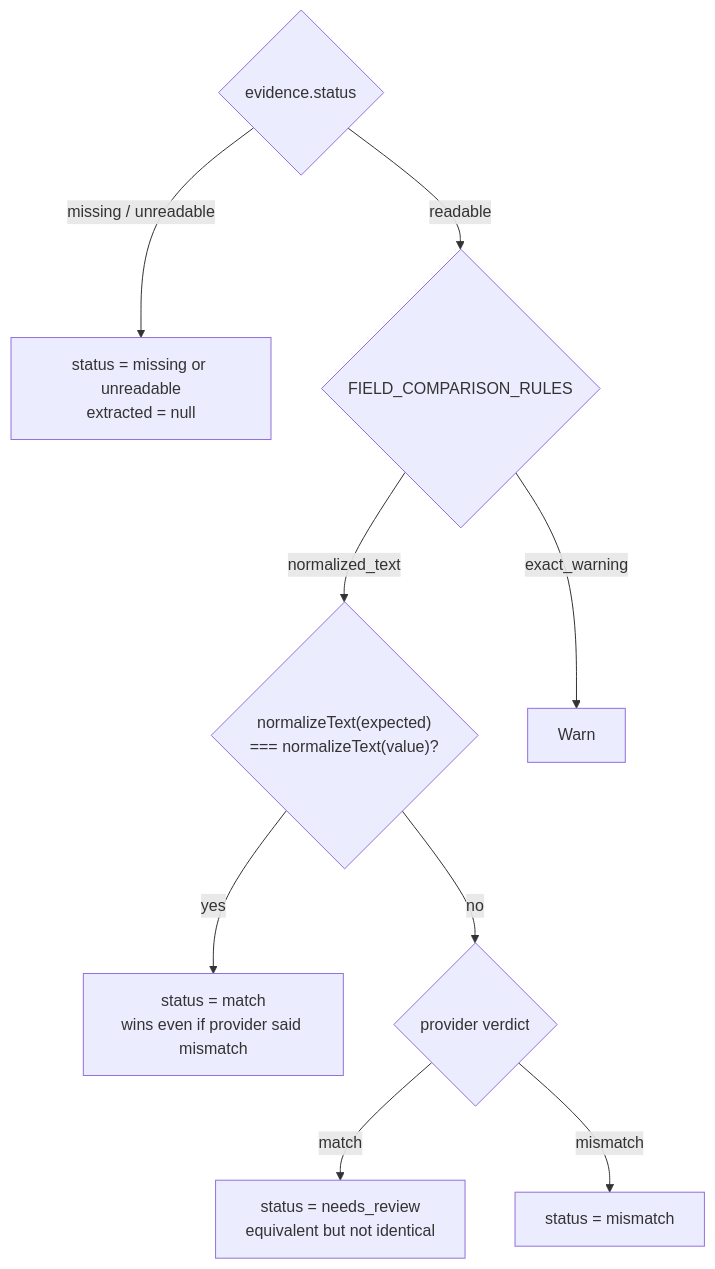
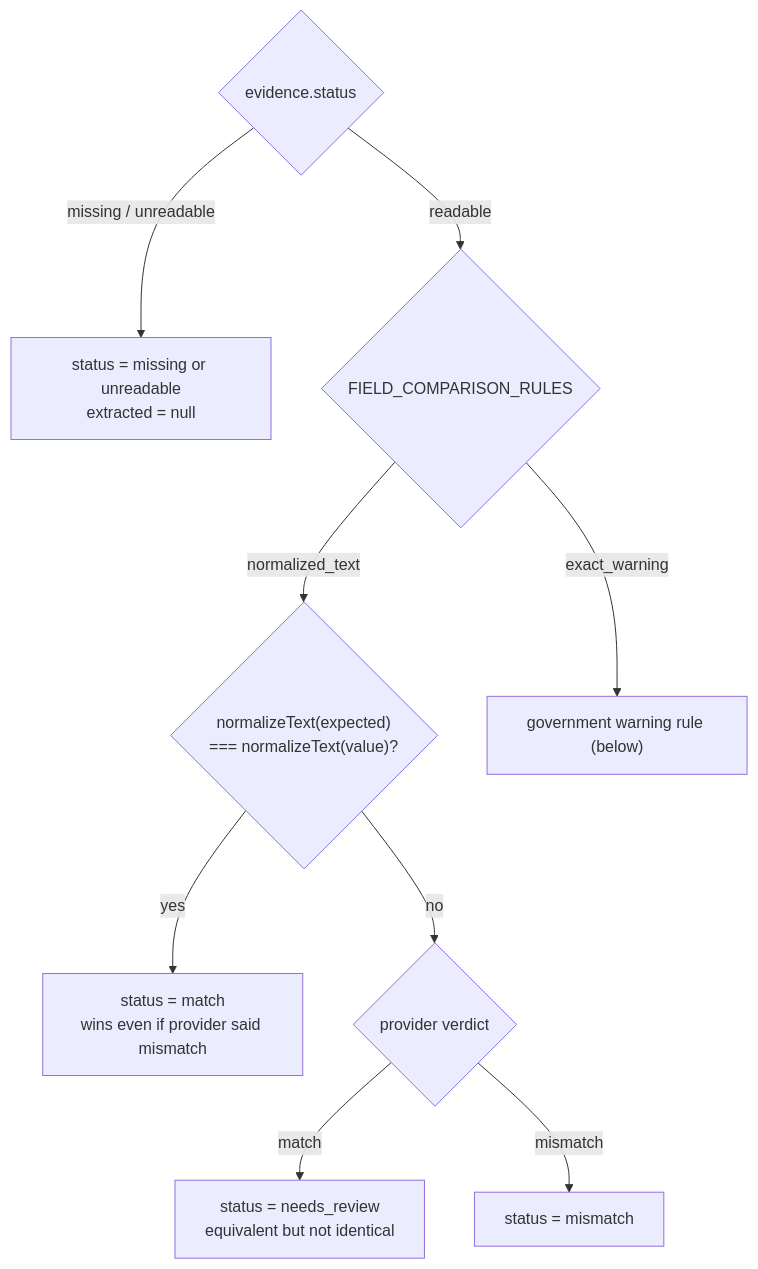
Before and after one commit to Jransom33/TTB_label_verifier: the fourth of 4 diagrams in architecture.md, drawn with Mermaid. The commit also changed other lines of this file and 12 other files, not shown here.

Commit message:
organized the readme.md file and the architecture.md file to improve clarity.

````diff
--- a/architecture.md
+++ b/architecture.md
@@ -214,14 +188,14 @@
 ```mermaid
 flowchart TD
   Evidence{"evidence.status"}
   Evidence -->|missing / unreadable| PassThrough["status = missing or unreadable<br/>extracted = null"]
   Evidence -->|readable| Strategy{"FIELD_COMPARISON_RULES"}
 
   Strategy -->|normalized_text| NormCmp{"normalizeText(expected)<br/>=== normalizeText(value)?"}
   NormCmp -->|yes| Match["status = match<br/>wins even if provider said mismatch"]
   NormCmp -->|no| Verdict{"provider verdict"}
   Verdict -->|match| Review["status = needs_review<br/>equivalent but not identical"]
   Verdict -->|mismatch| Mismatch["status = mismatch"]
 
-  Strategy -->|exact_warning| Warn
+  Strategy -->|exact_warning| Warn["government warning rule (below)"]
 ```
````
